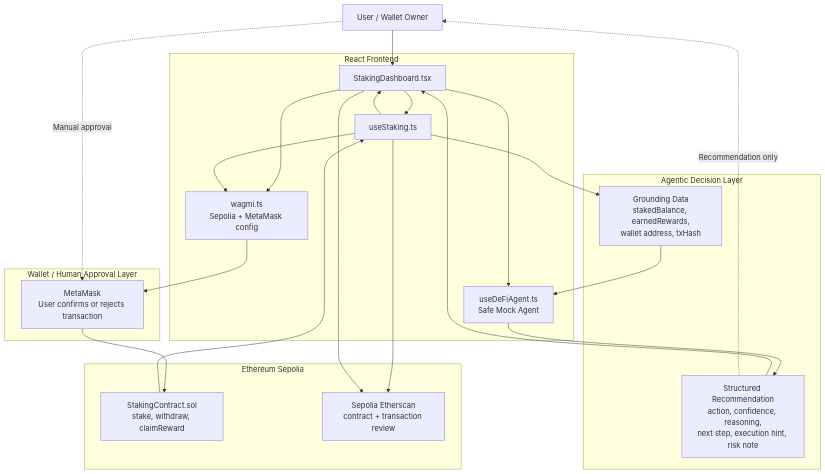
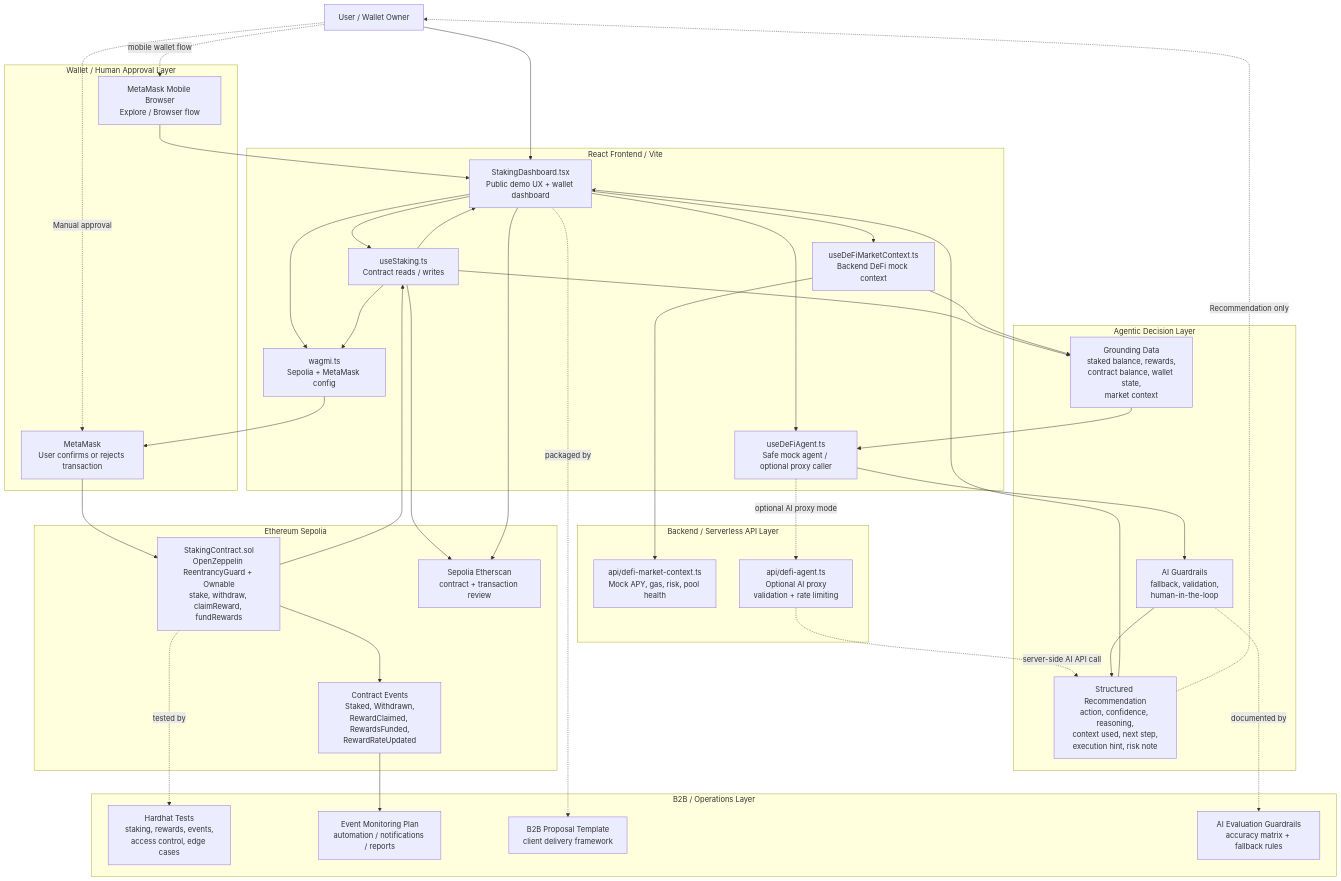
The diagram in docs/architecture-diagram.md (Alexul-AI/agentic-staking-dashboard-poc), drawn with Mermaid before and after one commit. The commit also changed other lines of this file and 12 other files, not shown here.

````diff
--- a/docs/architecture-diagram.md
+++ b/docs/architecture-diagram.md
@@ -5,49 +11,81 @@
 ```mermaid
 flowchart TD
     User["User / Wallet Owner"]
 
-    subgraph Frontend["React Frontend"]
-        Dashboard["StakingDashboard.tsx"]
-        StakingHook["useStaking.ts"]
-        AgentHook["useDeFiAgent.ts<br/>Safe Mock Agent"]
+    subgraph Frontend["React Frontend / Vite"]
+        Dashboard["StakingDashboard.tsx<br/>Public demo UX + wallet dashboard"]
+        StakingHook["useStaking.ts<br/>Contract reads / writes"]
+        AgentHook["useDeFiAgent.ts<br/>Safe mock agent / optional proxy caller"]
+        MarketHook["useDeFiMarketContext.ts<br/>Backend DeFi mock context"]
         WagmiConfig["wagmi.ts<br/>Sepolia + MetaMask config"]
     end
 
+    subgraph Backend["Backend / Serverless API Layer"]
+        DefiContextApi["api/defi-market-context.ts<br/>Mock APY, gas, risk, pool health"]
+        AiProxy["api/defi-agent.ts<br/>Optional AI proxy<br/>validation + rate limiting"]
+    end
+
     subgraph AgentLayer["Agentic Decision Layer"]
-        OnChainData["Grounding Data<br/>stakedBalance, earnedRewards,<br/>wallet address, txHash"]
-        AgentDecision["Structured Recommendation<br/>action, confidence, reasoning,<br/>next step, execution hint, risk note"]
+        GroundingData["Grounding Data<br/>staked balance, rewards,<br/>contract balance, wallet state,<br/>market context"]
+        AgentDecision["Structured Recommendation<br/>action, confidence, reasoning,<br/>context used, next step,<br/>execution hint, risk note"]
+        Guardrails["AI Guardrails<br/>fallback, validation,<br/>human-in-the-loop"]
     end
 
     subgraph WalletLayer["Wallet / Human Approval Layer"]
         MetaMask["MetaMask<br/>User confirms or rejects transaction"]
+        MobileMetaMask["MetaMask Mobile Browser<br/>Explore / Browser flow"]
     end
 
     subgraph Blockchain["Ethereum Sepolia"]
-        Contract["StakingContract.sol<br/>stake, withdraw, claimReward"]
+        Contract["StakingContract.sol<br/>OpenZeppelin ReentrancyGuard + Ownable<br/>stake, withdraw, claimReward, fundRewards"]
+        Events["Contract Events<br/>Staked, Withdrawn,<br/>RewardClaimed, RewardsFunded,<br/>RewardRateUpdated"]
         Etherscan["Sepolia Etherscan<br/>contract + transaction review"]
+    end
+
+    subgraph Operations["B2B / Operations Layer"]
+        Tests["Hardhat Tests<br/>staking, rewards, events,<br/>access control, edge cases"]
+        Monitoring["Event Monitoring Plan<br/>automation / notifications / reports"]
+        Proposal["B2B Proposal Template<br/>client delivery framework"]
+        Evaluation["AI Evaluation Guardrails<br/>accuracy matrix + fallback rules"]
     end
 
     User --> Dashboard
 
     Dashboard --> StakingHook
     Dashboard --> AgentHook
+    Dashboard --> MarketHook
     Dashboard --> WagmiConfig
+
+    MarketHook --> DefiContextApi
+    AgentHook -. "optional AI proxy mode" .-> AiProxy
+    AiProxy -. "server-side AI API call" .-> AgentDecision
 
     StakingHook --> WagmiConfig
     WagmiConfig --> MetaMask
+    User -. "mobile wallet flow" .-> MobileMetaMask
+    MobileMetaMask --> Dashboard
+
     MetaMask --> Contract
+    Contract --> Events
+    Events --> Monitoring
 
     Contract --> StakingHook
     StakingHook --> Dashboard
 
     StakingHook --> Etherscan
     Dashboard --> Etherscan
 
-    StakingHook --> OnChainData
-    OnChainData --> AgentHook
-    AgentHook --> AgentDecision
+    StakingHook --> GroundingData
+    MarketHook --> GroundingData
+    GroundingData --> AgentHook
+    AgentHook --> Guardrails
+    Guardrails --> AgentDecision
     AgentDecision --> Dashboard
 
     AgentDecision -. "Recommendation only" .-> User
     User -. "Manual approval" .-> MetaMask
+
+    Contract -. "tested by" .-> Tests
+    Guardrails -. "documented by" .-> Evaluation
+    Dashboard -. "packaged by" .-> Proposal
 ```
````
